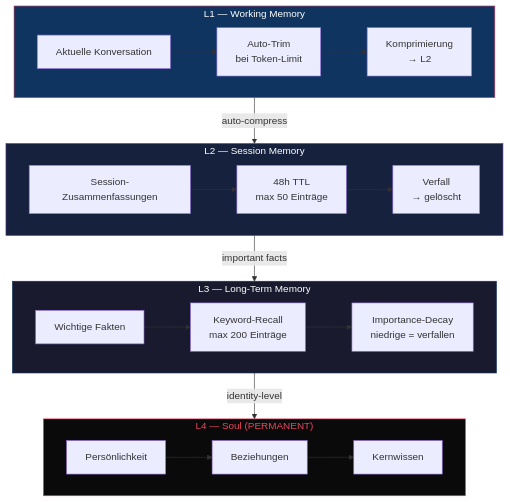
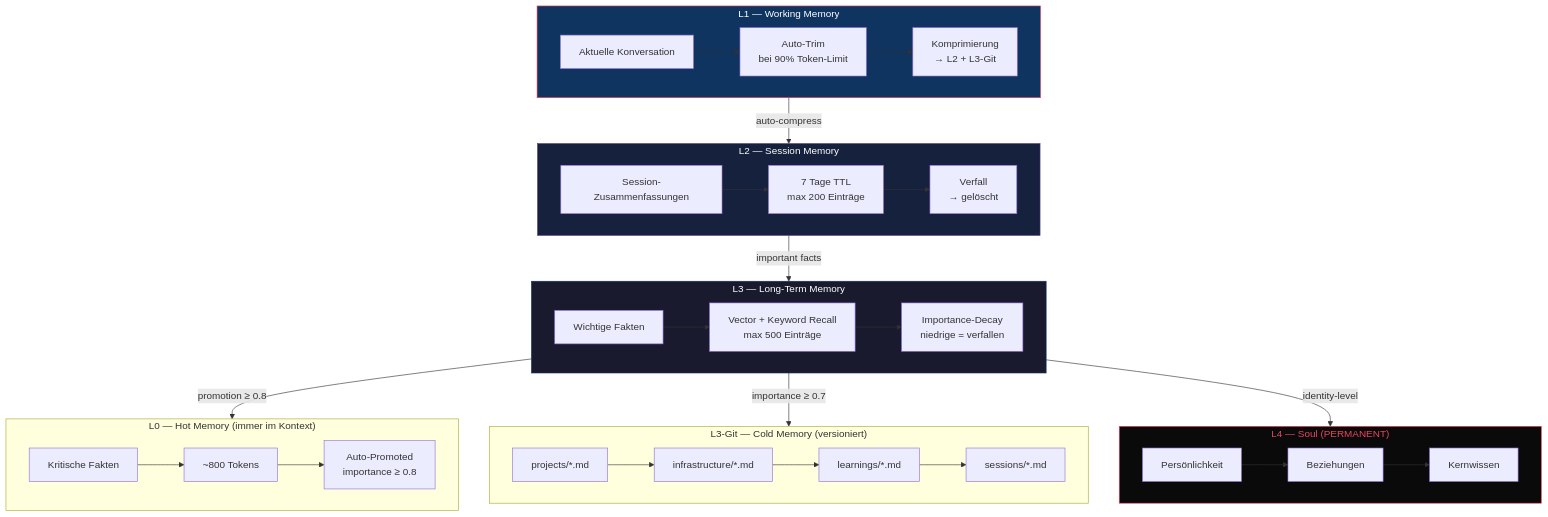
Before and after one commit to TitoPrausee/nexus-toti: the fourth of 8 diagrams in README.md, drawn with Mermaid. The commit also changed other lines of this file and 2 other files, not shown here.

````diff
--- a/README.md
+++ b/README.md
@@ -272,35 +283,50 @@
 ```mermaid
 graph TD
+    subgraph L0["L0 — Hot Memory (immer im Kontext)"]
+        direction LR
+        L0A[Kritische Fakten] --> L0B[~800 Tokens]
+        L0B --> L0C[Auto-Promoted<br/>importance ≥ 0.8]
+    end
+
     subgraph L1["L1 — Working Memory"]
         direction LR
-        L1A[Aktuelle Konversation] --> L1B[Auto-Trim<br/>bei Token-Limit]
-        L1B --> L1C[Komprimierung<br/>→ L2]
+        L1A[Aktuelle Konversation] --> L1B[Auto-Trim<br/>bei 90% Token-Limit]
+        L1B --> L1C[Komprimierung<br/>→ L2 + L3-Git]
     end
 
     subgraph L2["L2 — Session Memory"]
         direction LR
-        L2A[Session-Zusammenfassungen] --> L2B[48h TTL<br/>max 50 Einträge]
+        L2A[Session-Zusammenfassungen] --> L2B[7 Tage TTL<br/>max 200 Einträge]
         L2B --> L2C[Verfall<br/>→ gelöscht]
     end
 
     subgraph L3["L3 — Long-Term Memory"]
         direction LR
-        L3A[Wichtige Fakten] --> L3B[Keyword-Recall<br/>max 200 Einträge]
+        L3A[Wichtige Fakten] --> L3B[Vector + Keyword Recall<br/>max 500 Einträge]
         L3B --> L3C[Importance-Decay<br/>niedrige = verfallen]
+    end
+
+    subgraph L3G["L3-Git — Cold Memory (versioniert)"]
+        direction LR
+        G1[projects/*.md] --> G2[infrastructure/*.md]
+        G2 --> G3[learnings/*.md]
+        G3 --> G4[sessions/*.md]
     end
 
     subgraph L4["L4 — Soul (PERMANENT)"]
         direction LR
         L4A[Persönlichkeit] --> L4B[Beziehungen]
         L4B --> L4C[Kernwissen]
     end
 
+    L3 -->|promotion ≥ 0.8| L0
     L1 -->|auto-compress| L2
     L2 -->|important facts| L3
+    L3 -->|importance ≥ 0.7| L3G
     L3 -->|identity-level| L4
 
     style L1 fill:#0f3460,stroke:#e94560,color:#fff
     style L2 fill:#16213e,stroke:#533483,color:#fff
     style L3 fill:#1a1a2e,stroke:#0f3460,color:#fff
     style L4 fill:#0a0a0a,stroke:#e94560,color:#e94560
 ```
````
